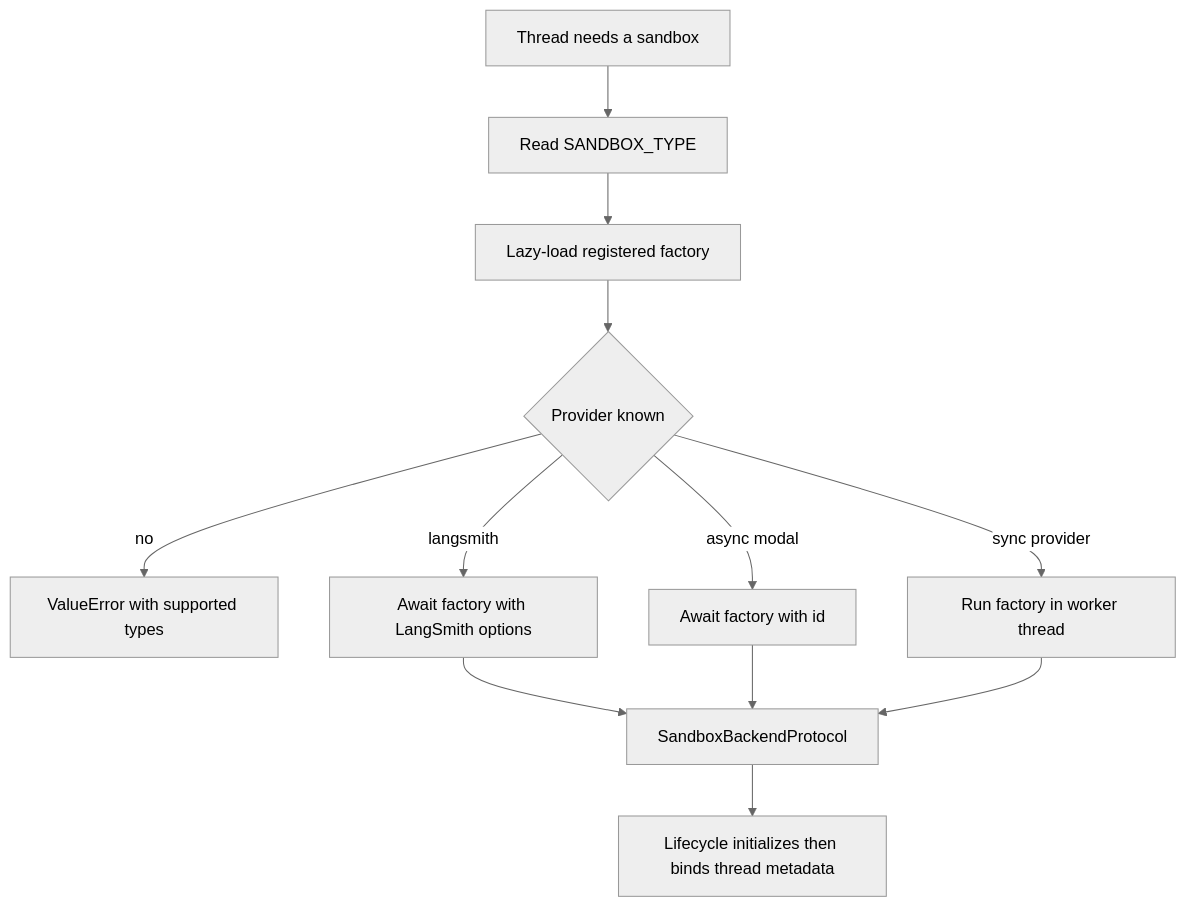
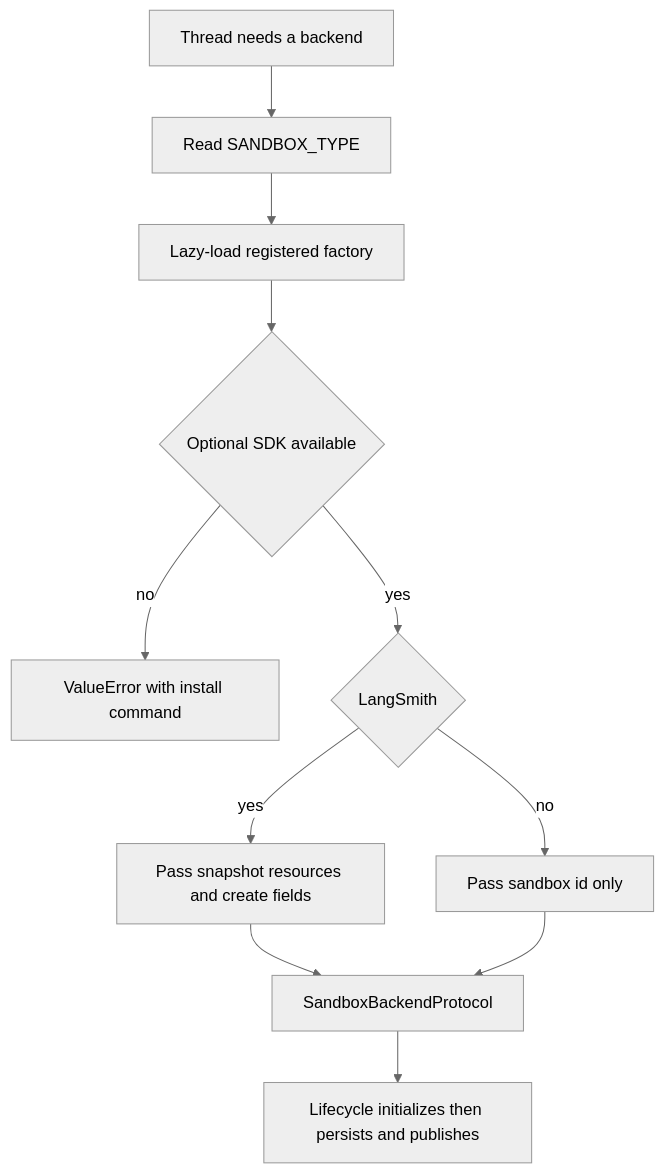
Before and after one commit to langchain-ai/open-swe: the first of 2 diagrams in openwiki/integrations/sandbox-providers.md, drawn with Mermaid (neutral theme). The commit also changed other lines of this file and 63 other files, not shown here.

````diff
--- a/openwiki/integrations/sandbox-providers.md
+++ b/openwiki/integrations/sandbox-providers.md
@@ -59,14 +65,13 @@
 ```mermaid
 flowchart TD
-    Request["Thread needs a sandbox"] --> Select["Read SANDBOX_TYPE"]
-    Select --> Lookup["Lazy-load registered factory"]
-    Lookup --> Known{"Provider known"}
-    Known -->|"no"| Invalid["ValueError with supported types"]
-    Known -->|"langsmith"| LS["Await factory with LangSmith options"]
-    Known -->|"async modal"| Modal["Await factory with id"]
-    Known -->|"sync provider"| Worker["Run factory in worker thread"]
-    LS --> Backend["SandboxBackendProtocol"]
-    Modal --> Backend
-    Worker --> Backend
-    Backend --> Bind["Lifecycle initializes then binds thread metadata"]
+    Need["Thread needs a backend"] --> Select["Read SANDBOX_TYPE"]
+    Select --> Load["Lazy-load registered factory"]
+    Load --> Optional{"Optional SDK available"}
+    Optional -->|"no"| Hint["ValueError with install command"]
+    Optional -->|"yes"| Create{"LangSmith"}
+    Create -->|"yes"| Settings["Pass snapshot resources and create fields"]
+    Create -->|"no"| Invoke["Pass sandbox id only"]
+    Settings --> Backend["SandboxBackendProtocol"]
+    Invoke --> Backend
+    Backend --> Bind["Lifecycle initializes then persists and publishes"]
 ```
````
